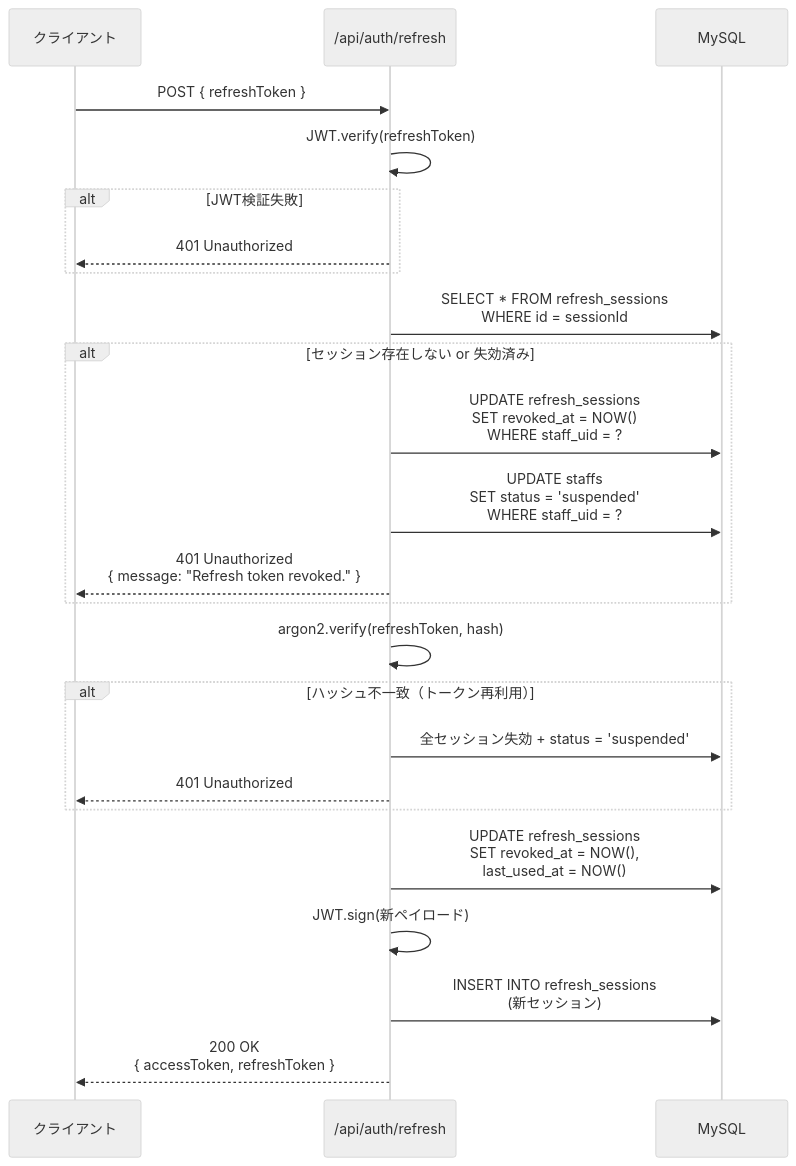
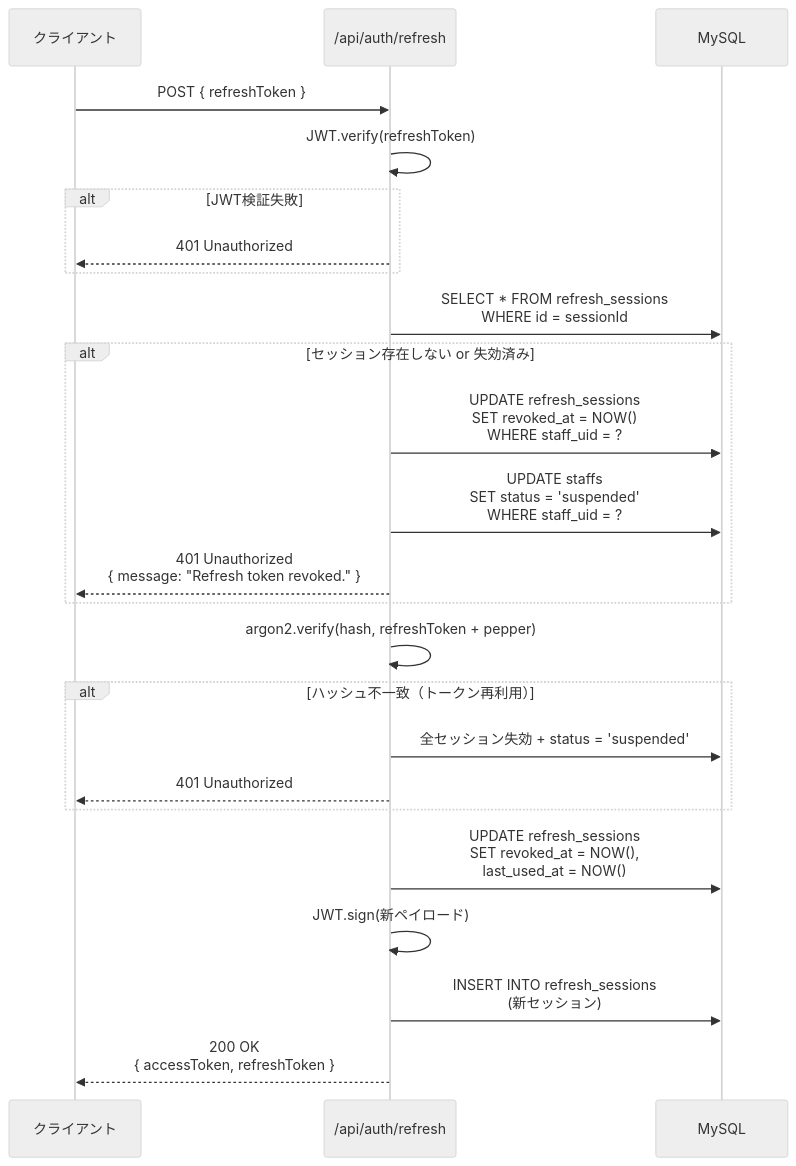
One commit to reisy1999/reserve-api changed the second of 2 diagrams in docs/spec/06-Auth-API.md. Above: the diagram before and after it, drawn with Mermaid (neutral theme). The commit also changed other lines of this file and 3 other files, not shown here.

````diff
--- a/docs/spec/06-Auth-API.md
+++ b/docs/spec/06-Auth-API.md
@@ -312,33 +312,33 @@
 ```mermaid
 sequenceDiagram
     participant Client as クライアント
     participant API as /api/auth/refresh
     participant DB as MySQL
 
     Client->>API: POST { refreshToken }
     API->>API: JWT.verify(refreshToken)
 
     alt JWT検証失敗
         API-->>Client: 401 Unauthorized
     end
 
     API->>DB: SELECT * FROM refresh_sessions<br/>WHERE id = sessionId
 
     alt セッション存在しない or 失効済み
         API->>DB: UPDATE refresh_sessions<br/>SET revoked_at = NOW()<br/>WHERE staff_uid = ?
         API->>DB: UPDATE staffs<br/>SET status = 'suspended'<br/>WHERE staff_uid = ?
         API-->>Client: 401 Unauthorized<br/>{ message: "Refresh token revoked." }
     end
 
-    API->>API: argon2.verify(refreshToken, hash)
+    API->>API: argon2.verify(hash, refreshToken + pepper)
 
     alt ハッシュ不一致（トークン再利用）
         API->>DB: 全セッション失効 + status = 'suspended'
         API-->>Client: 401 Unauthorized
     end
 
     API->>DB: UPDATE refresh_sessions<br/>SET revoked_at = NOW(),<br/>last_used_at = NOW()
     API->>API: JWT.sign(新ペイロード)
     API->>DB: INSERT INTO refresh_sessions<br/>(新セッション)
     API-->>Client: 200 OK<br/>{ accessToken, refreshToken }
 ```
````
